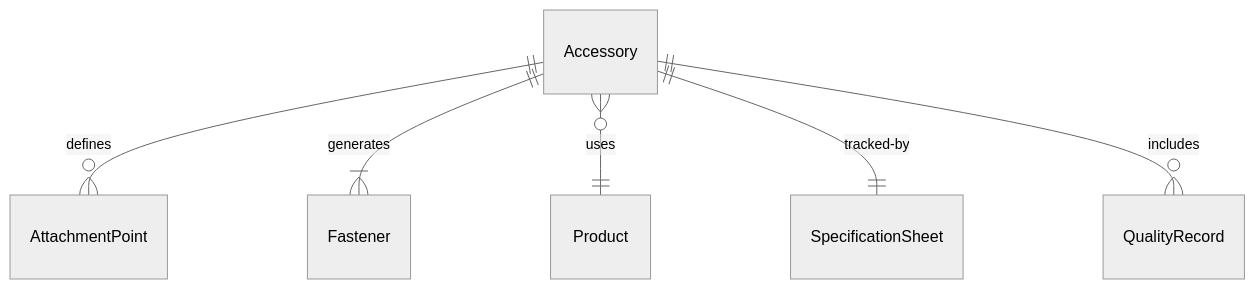
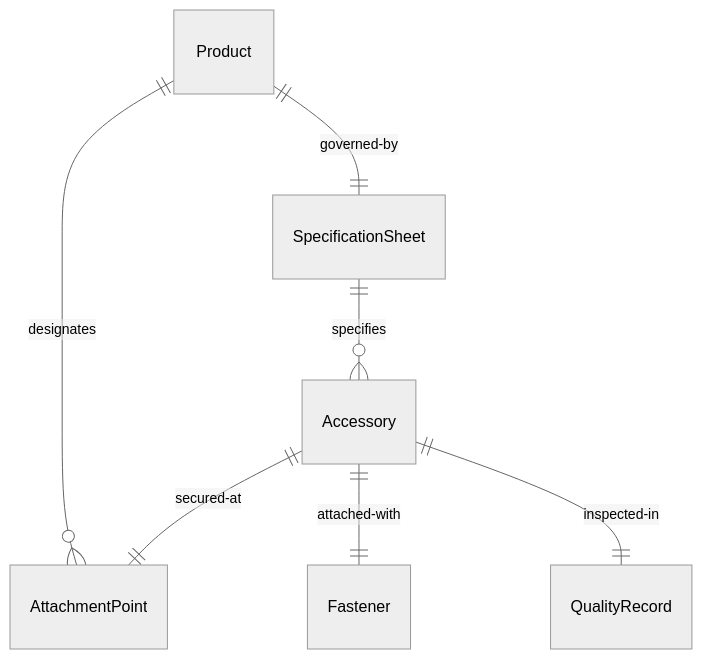
Before and after one commit to dot-org-ai/tasks.org.ai: the first of 4 diagrams in HandlingAndMovingObjects/CreateDecorativeObjectsOrPartsOfObjects/AttachDecorativeFunctionalAccessoriesProducts.mdx, drawn with Mermaid (neutral theme). The commit also changed other lines of this file and 515 other files, not shown here.

````diff
--- a/HandlingAndMovingObjects/CreateDecorativeObjectsOrPartsOfObjects/AttachDecorativeFunctionalAccessoriesProducts.mdx
+++ b/HandlingAndMovingObjects/CreateDecorativeObjectsOrPartsOfObjects/AttachDecorativeFunctionalAccessoriesProducts.mdx
@@ -85,8 +85,9 @@
 ```mermaid
 erDiagram
-    Accessory ||--o{ AttachmentPoint : "defines"
-    Accessory ||--|{ Fastener : "generates"
-    Accessory }o--|| Product : "uses"
-    Accessory ||--|| SpecificationSheet : "tracked-by"
-    Accessory ||--o{ QualityRecord : "includes"
+    SpecificationSheet ||--o{ Accessory : "specifies"
+    Product ||--o{ AttachmentPoint : "designates"
+    Accessory ||--|| AttachmentPoint : "secured-at"
+    Accessory ||--|| Fastener : "attached-with"
+    Accessory ||--|| QualityRecord : "inspected-in"
+    Product ||--|| SpecificationSheet : "governed-by"
 ```
````
